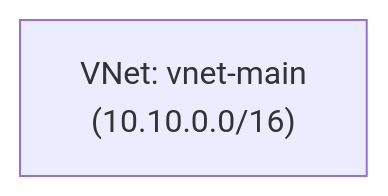
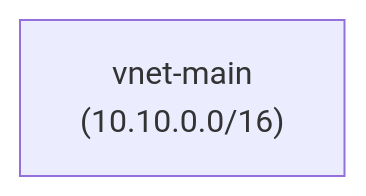
The first of 7 diagrams in guides/setup.md (Ch3rry-Pi3-Azure/Azure-3-Tier-VNet), drawn with Mermaid before and after one commit. The commit also changed other lines of this file, not shown here.

````diff
--- a/guides/setup.md
+++ b/guides/setup.md
@@ -225,4 +225,4 @@
 ```mermaid
 flowchart LR
-    VNet["VNet: vnet-main <br/> (10.10.0.0/16)"]
+    VNet["vnet-main <br/> (10.10.0.0/16)"]
 ```
````
